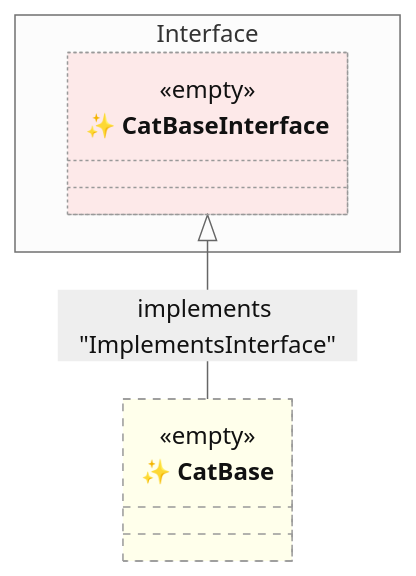
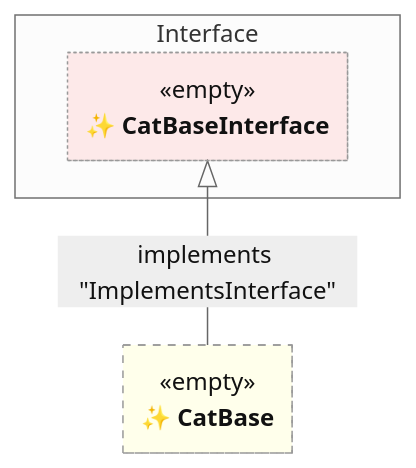
The fifth of 12 diagrams in tests/spec-001--class-composition-with-partial-classes.md (thecodecrate/python-pipeline), drawn with Mermaid (neutral theme) before and after one commit. The commit also changed other lines of this file, not shown here.

````diff
--- a/tests/spec-001--class-composition-with-partial-classes.md
+++ b/tests/spec-001--class-composition-with-partial-classes.md
@@ -259,30 +269,35 @@
 ```mermaid
+---
+config:
+    class:
+        hideEmptyMembersBox: true
+---
 classDiagram
     namespace Interface {
         class Interface1["✨ CatBaseInterface"] {
             <<empty>>
             %% Empty interface
         }
     }
 
     class Base_["✨ CatBase"] {
         <<empty>>
         %% Empty class
     }
 
     %% Relationships
     Interface1 <|-- Base_ : implements "ImplementsInterface"
 
     %% Apply Styles
     style Base_ fill:#ffff6020, stroke-dasharray: 5 5
     style Composed_ bugfix:#111, stroke-width:2px, font-weight: bold
     style External1 bugfix:#111, stroke-width:2px, font-weight: bold
     style Partial1_ fill:#60ff6020, stroke-dasharray: 5 5
     style Partial2_ fill:#60ff6020, stroke-dasharray: 5 5
     style Partial3_ fill:#60ff6020, stroke-dasharray: 5 5
     style Partial4_ fill:#60ff6020, stroke-dasharray: 5 5
     style Interface1 fill:#ff606020, stroke-dasharray: 2 2
     style Interface2 fill:#ff606020, stroke-dasharray: 2 2
     style Interface3 fill:#ff606020, stroke-dasharray: 2 2
     style Interface4 fill:#ff606020, stroke-dasharray: 2 2
 ```
````
